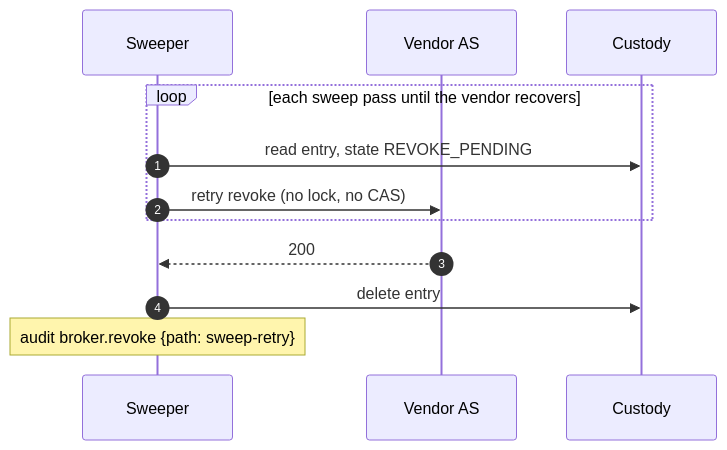
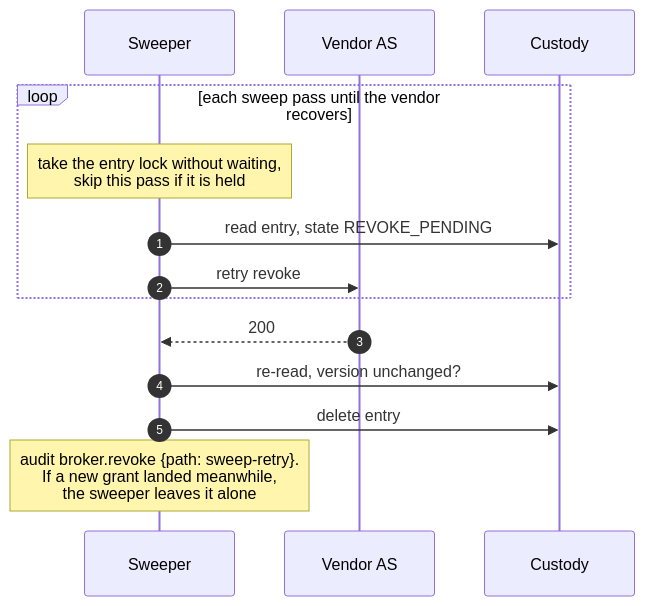
The tenth of 11 diagrams in docs/token-lifecycle.md (chief-builder/vendor-token-broker), drawn with Mermaid before and after one commit. The commit also changed other lines of this file and 7 other files, not shown here.

First line of the commit message:
fix: sweeper revoke retry never deletes a grant written meanwhile

````diff
--- a/docs/token-lifecycle.md
+++ b/docs/token-lifecycle.md
@@ -548,15 +549,17 @@
 ```mermaid
 sequenceDiagram
     autonumber
     participant S as Sweeper
     participant V as Vendor AS
     participant K as Custody
 
     loop each sweep pass until the vendor recovers
+        Note over S: take the entry lock without waiting,<br/>skip this pass if it is held
         S->>K: read entry, state REVOKE_PENDING
-        S->>V: retry revoke (no lock, no CAS)
+        S->>V: retry revoke
     end
     V-->>S: 200
+    S->>K: re-read, version unchanged?
     S->>K: delete entry
-    Note over S: audit broker.revoke {path: sweep-retry}
+    Note over S: audit broker.revoke {path: sweep-retry}.<br/>If a new grant landed meanwhile,<br/>the sweeper leaves it alone
 ```
````
